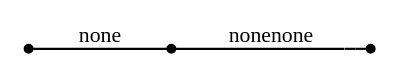
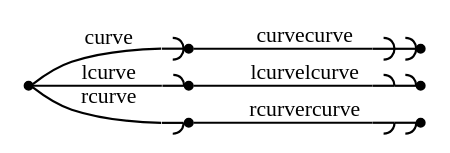
One commit to graphviz-perl/GraphViz2-Marpa-PathUtils changed the diagram in out/clusters.out.08.005.gv. Above: the diagram before and after it, drawn with Graphviz. The commit also changed 33 other files, not shown here.

```diff
--- a/out/clusters.out.08.005.gv
+++ b/out/clusters.out.08.005.gv
@@ -1,9 +1,13 @@
 digraph G
 {
 	graph[ rankdir = "LR" nodesep = "0"]
 	node[ shape = "point" label = ""]
 	edge[ fontsize = "10"]
-	_none -> none[ arrowhead = "none" label = "none"]
-	none -> nonenone[ arrowhead = "nonenone" label = "nonenone"]
+	_curve -> curve[ arrowhead = "curve" label = "curve"]
+	curve -> curvecurve[ arrowhead = "curvecurve" label = "curvecurve"]
+	_curve -> lcurve[ arrowhead = "lcurve" label = "lcurve"]
+	lcurve -> lcurvelcurve[ arrowhead = "lcurvelcurve" label = "lcurvelcurve"]
+	_curve -> rcurve[ arrowhead = "rcurve" label = "rcurve"]
+	rcurve -> rcurvercurve[ arrowhead = "rcurvercurve" label = "rcurvercurve"]
 
 }
```
